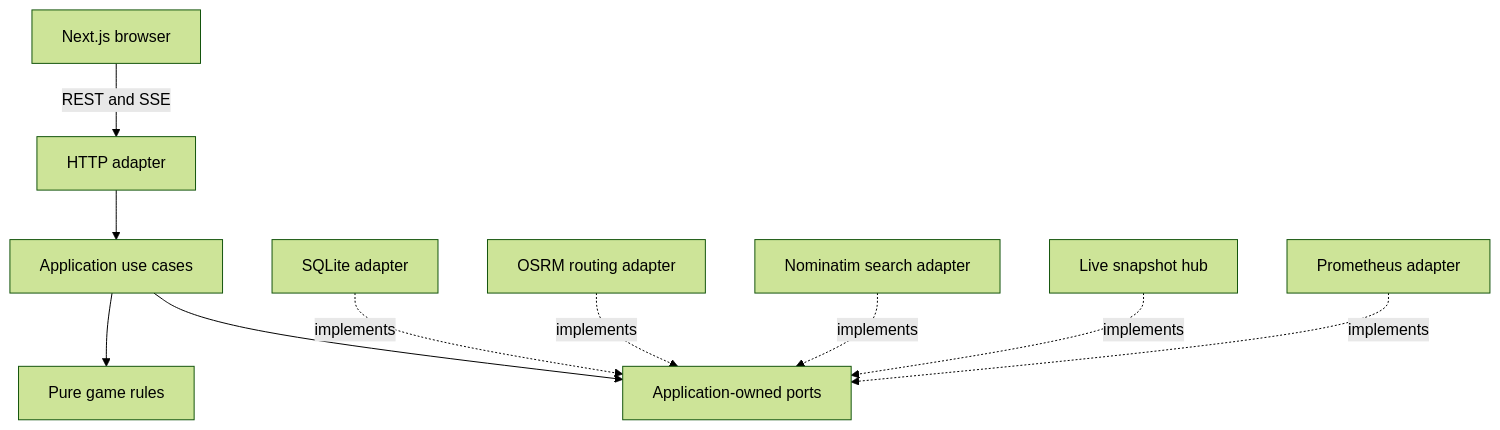
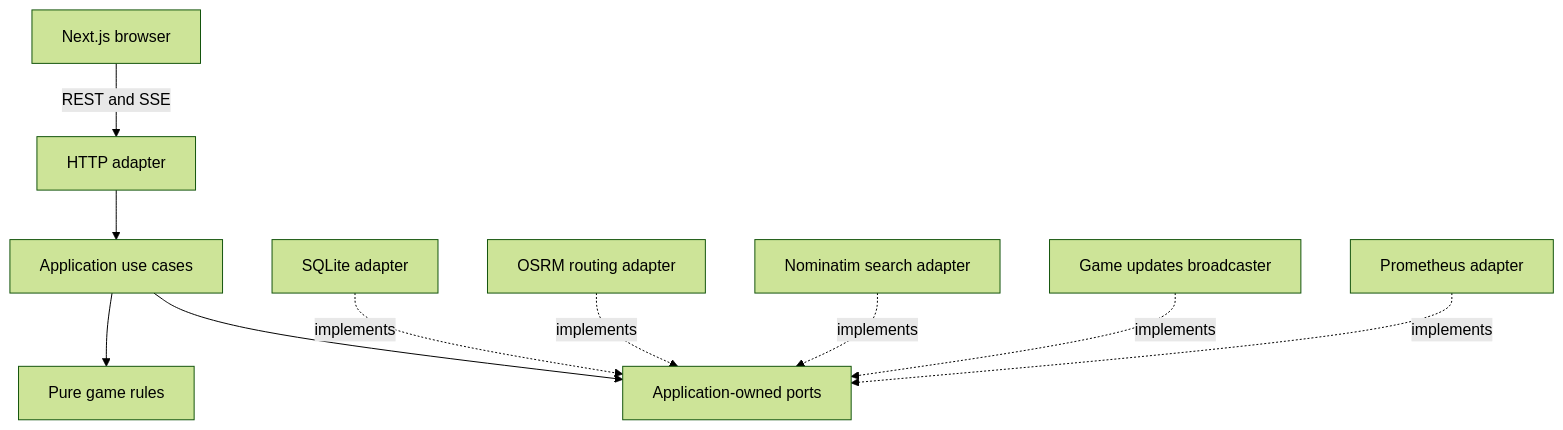
Before and after one commit to BenSuskins/pubgolf: the first of 3 diagrams in docs/ARCHITECTURE.md, drawn with Mermaid (forest theme). The commit also changed other lines of this file and 71 other files, not shown here.

Commit message:
Clarify game aggregate, application ports and adapter responsibilities

````diff
--- a/docs/ARCHITECTURE.md
+++ b/docs/ARCHITECTURE.md
@@ -13,12 +13,12 @@
 ```mermaid
 flowchart TD
     Browser[Next.js browser] -->|REST and SSE| HTTP[HTTP adapter]
     HTTP --> Application[Application use cases]
     Application --> Domain[Pure game rules]
     Application --> Ports[Application-owned ports]
     SQLite[SQLite adapter] -. implements .-> Ports
     OSRM[OSRM routing adapter] -. implements .-> Ports
     Nominatim[Nominatim search adapter] -. implements .-> Ports
-    Hub[Live snapshot hub] -. implements .-> Ports
+    Updates[Game updates broadcaster] -. implements .-> Ports
     Metrics[Prometheus adapter] -. implements .-> Ports
 ```
````
